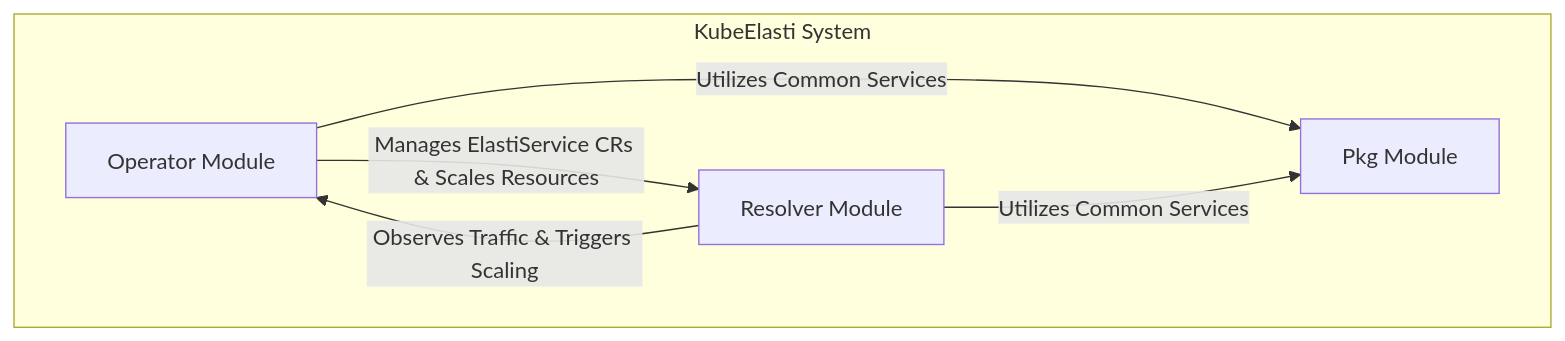
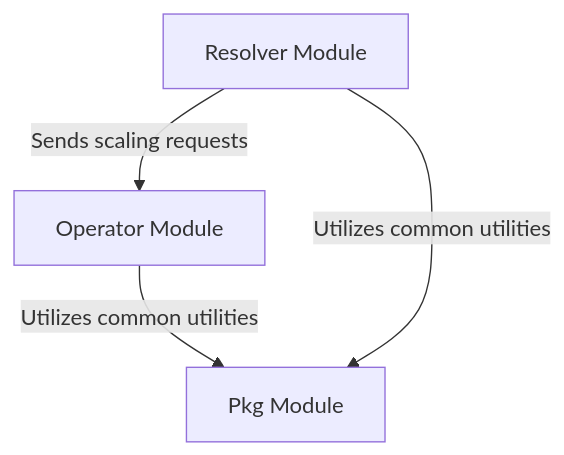
One commit to ShreyasPatel031/CodeWiki changed the diagram in demo/repos/KubeElasti/overview.md. Above: the diagram before and after it, drawn with Mermaid. The commit also changed other lines of this file and 23 other files, not shown here.

Commit message:
Update KubeElasti docs with proper module tree (19 modules)

````diff
--- a/demo/repos/KubeElasti/overview.md
+++ b/demo/repos/KubeElasti/overview.md
@@ -3,17 +11,14 @@
 ```mermaid
 graph TD
-    subgraph KubeElasti System
-        operator[Operator Module]
-        resolver[Resolver Module]
-        pkg[Pkg Module]
-    end
+    resolver_node[Resolver Module]
+    operator_node[Operator Module]
+    pkg_node[Pkg Module]
 
-    resolver -- Observes Traffic & Triggers Scaling --> operator
-    operator -- Manages ElastiService CRs & Scales Resources --> resolver
-    operator -- Utilizes Common Services --> pkg
-    resolver -- Utilizes Common Services --> pkg
+    resolver_node -->|Sends scaling requests| operator_node
+    operator_node -->|Utilizes common utilities| pkg_node
+    resolver_node -->|Utilizes common utilities| pkg_node
 
-    click operator "operator.md" "View Operator Module Documentation"
-    click resolver "resolver.md" "View Resolver Module Documentation"
-    click pkg "pkg.md" "View Pkg Module Documentation"
+    click resolver_node "resolver.md" "View Resolver Module Documentation"
+    click operator_node "operator.md" "View Operator Module Documentation"
+    click pkg_node "pkg.md" "View Pkg Module Documentation"
 ```
````
